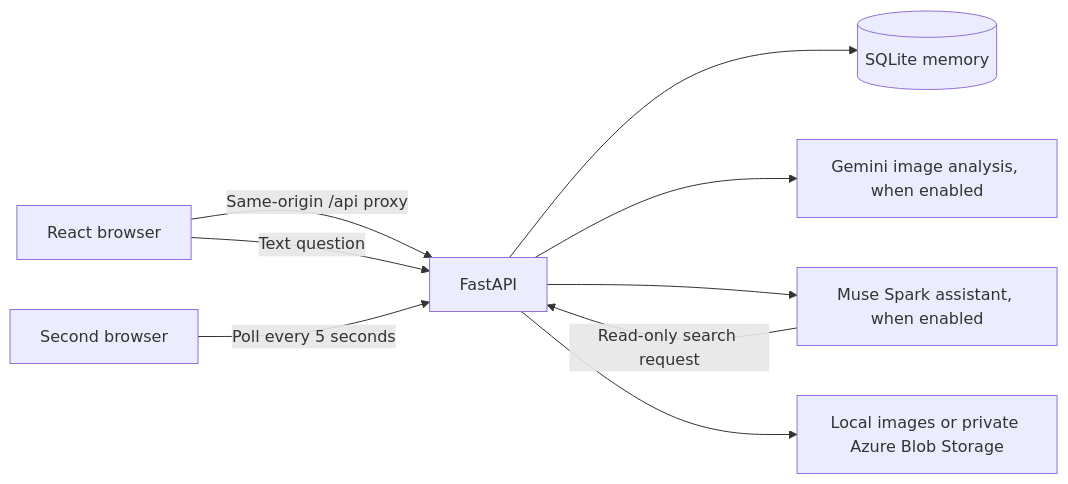
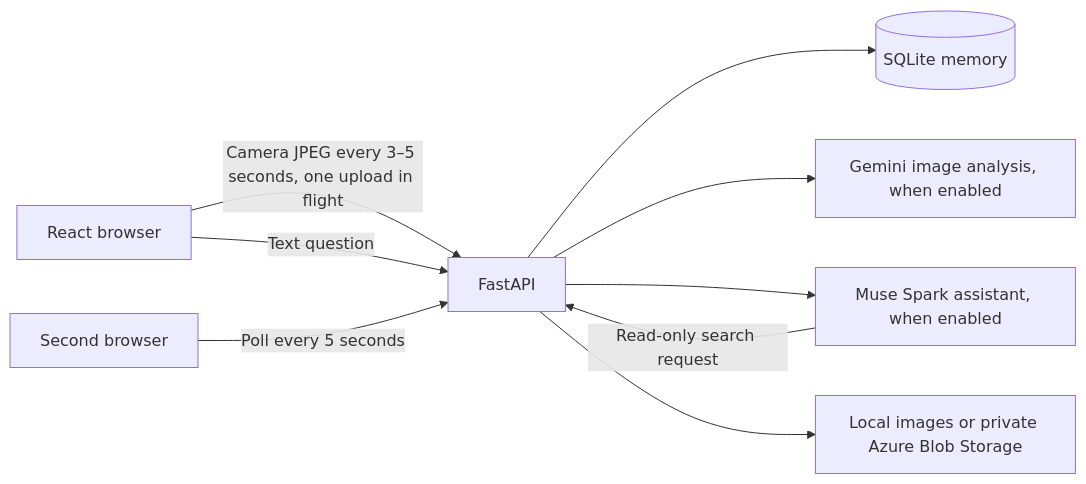
One commit to preespp/CalHacks_Kyuran_Alex_Pree_Ohn changed the first of 2 diagrams in docs/ARCHITECTURE.md. Above: the diagram before and after it, drawn with Mermaid. The commit also changed other lines of this file and 70 other files, not shown here.

````diff
--- a/docs/ARCHITECTURE.md
+++ b/docs/ARCHITECTURE.md
@@ -7,11 +7,11 @@
 ```mermaid
 flowchart LR
-  Phone[React browser] -->|Same-origin /api proxy| API[FastAPI]
+  Phone[React browser] -->|Camera JPEG every 3–5 seconds, one upload in flight| API[FastAPI]
   API --> DB[(SQLite memory)]
   API --> Vision[Gemini image analysis, when enabled]
   Phone -->|Text question| API
   API --> Agent[Muse Spark assistant, when enabled]
   Agent -->|Read-only search request| API
   API --> Storage[Local images or private Azure Blob Storage]
   Other[Second browser] -->|Poll every 5 seconds| API
 ```
````
